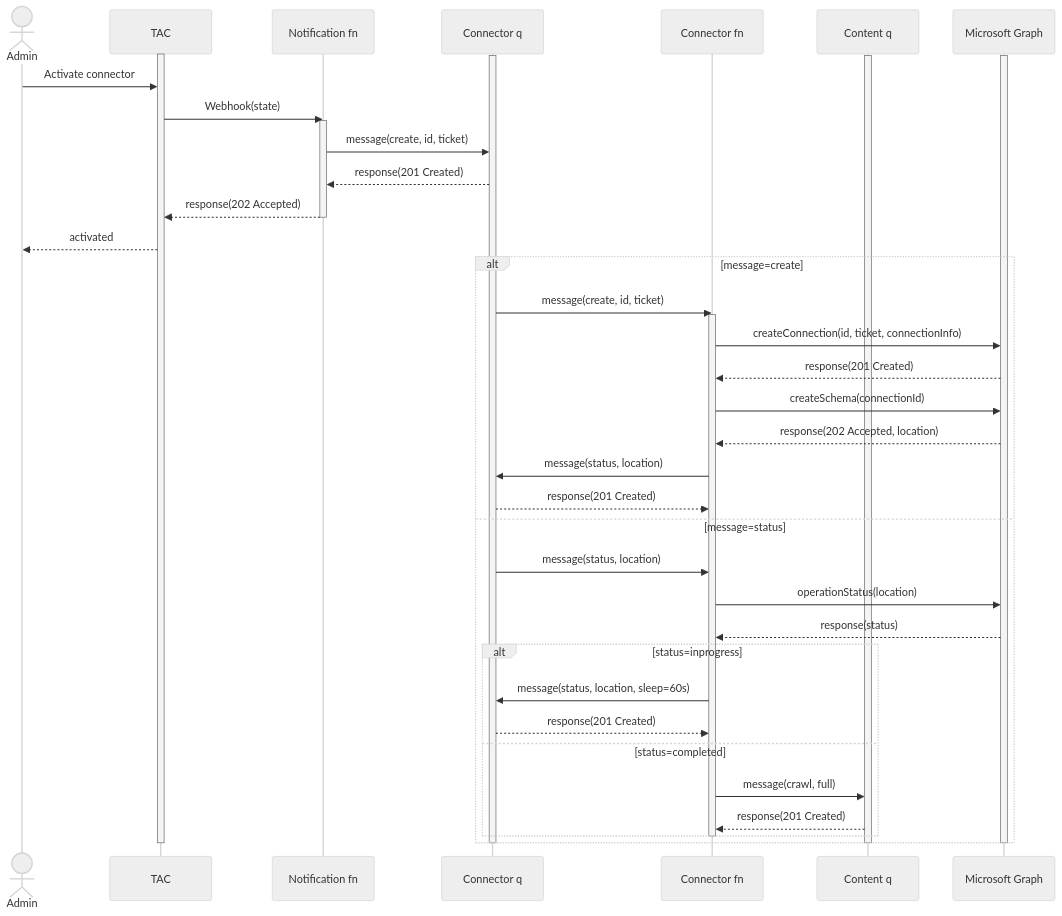
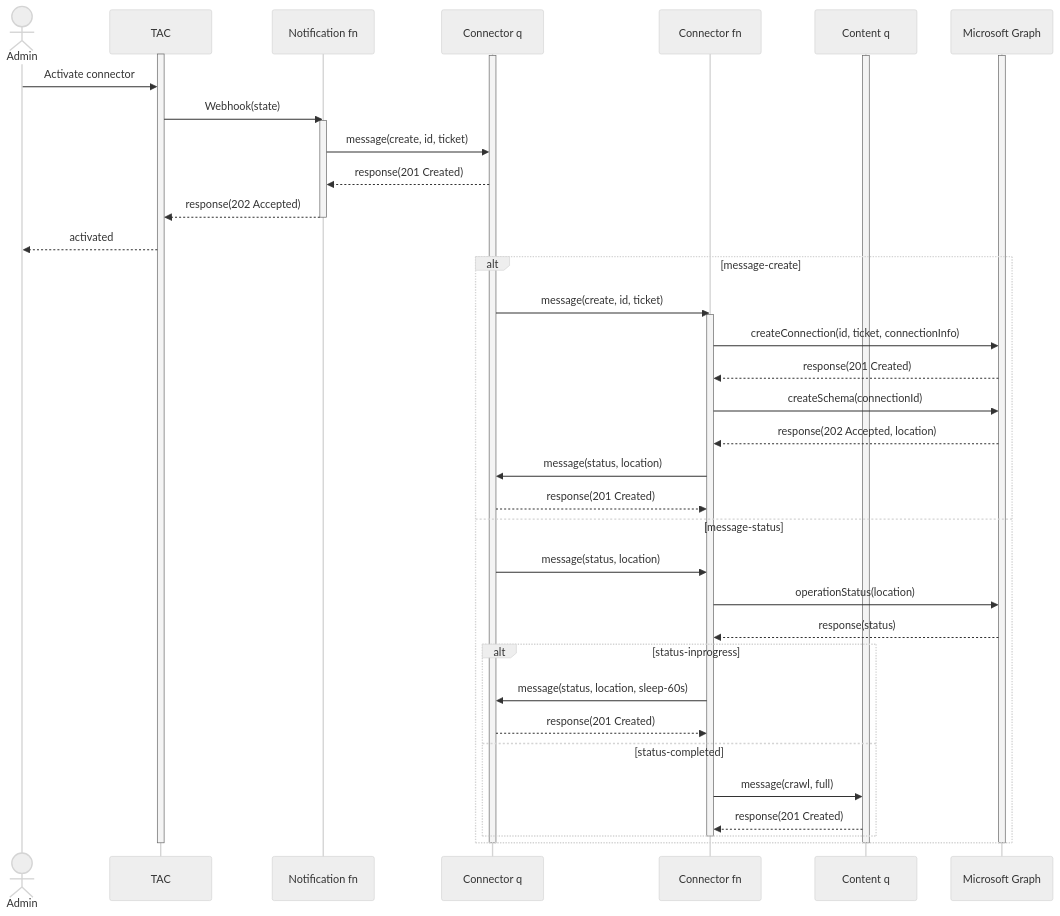
One commit to garrytrinder/food-catalog-graph-connector changed the third of 8 diagrams in readme.md. Above: the diagram before and after it, drawn with Mermaid (neutral theme). The commit also changed other lines of this file, not shown here.

````diff
--- a/readme.md
+++ b/readme.md
@@ -95,53 +140,53 @@
 ```mermaid
 sequenceDiagram
   actor Admin
   participant TAC
   participant Notification fn
   participant Connector q
   participant Connector fn
   participant Content q
   participant Microsoft Graph
   
   activate TAC
   activate Connector q
   activate Content q
   activate Microsoft Graph
 
   Admin->>TAC:Activate connector
   TAC->>Notification fn:Webhook(state)
   activate Notification fn
   Notification fn->>Connector q:message(create, id, ticket)
   Connector q-->>Notification fn:response(201 Created)
   Notification fn-->>TAC:response(202 Accepted)
   deactivate Notification fn
   TAC-->>Admin:activated
 
-  alt message=create
+  alt message-create
     Connector q->>Connector fn:message(create, id, ticket)
     activate Connector fn
     Connector fn->>Microsoft Graph:createConnection(id, ticket, connectionInfo)
     Microsoft Graph-->>Connector fn:response(201 Created)
     Connector fn->>Microsoft Graph:createSchema(connectionId)
     Microsoft Graph-->>Connector fn:response(202 Accepted, location)
     Connector fn->>Connector q:message(status, location)
     Connector q-->>Connector fn:response(201 Created)
-  else message=status
+  else message-status
     Connector q->>Connector fn:message(status, location)
     Connector fn->>Microsoft Graph:operationStatus(location)
     Microsoft Graph-->>Connector fn:response(status)
     
-    alt status=inprogress
-      Connector fn->>Connector q:message(status, location, sleep=60s)
+    alt status-inprogress
+      Connector fn->>Connector q:message(status, location, sleep-60s)
       Connector q-->>Connector fn:response(201 Created)
-    else status=completed
+    else status-completed
       Connector fn->>Content q:message(crawl, full)
       Content q-->>Connector fn:response(201 Created)
     end
     deactivate Connector fn
   end
   
   deactivate Microsoft Graph
   deactivate Content q
   deactivate Connector q
   deactivate TAC
 ```
````
